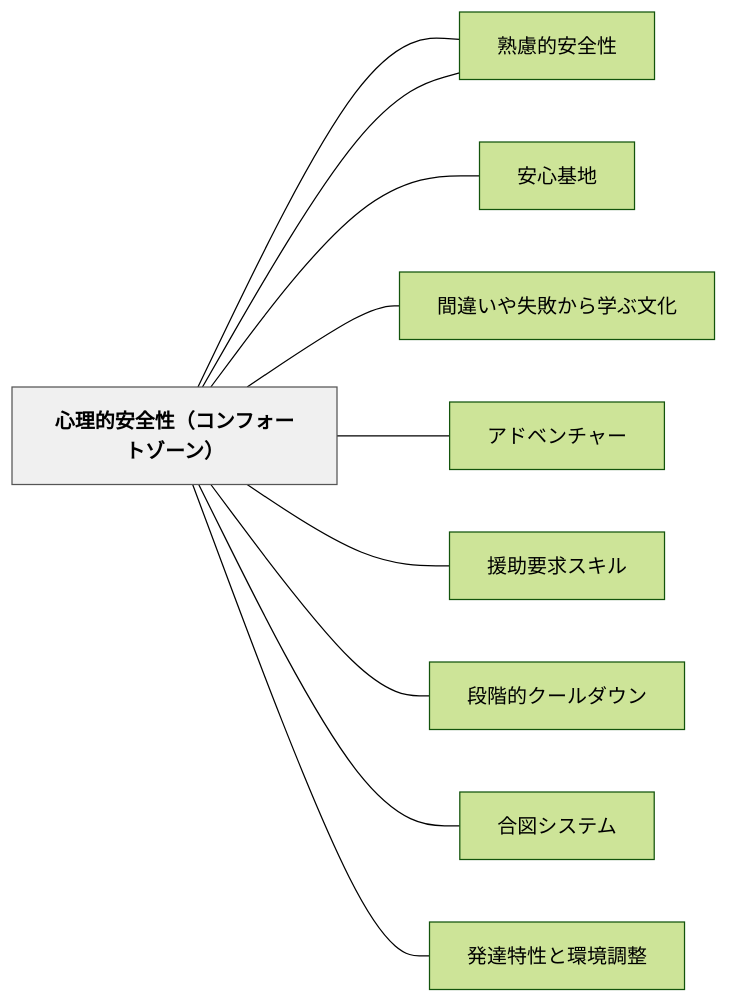
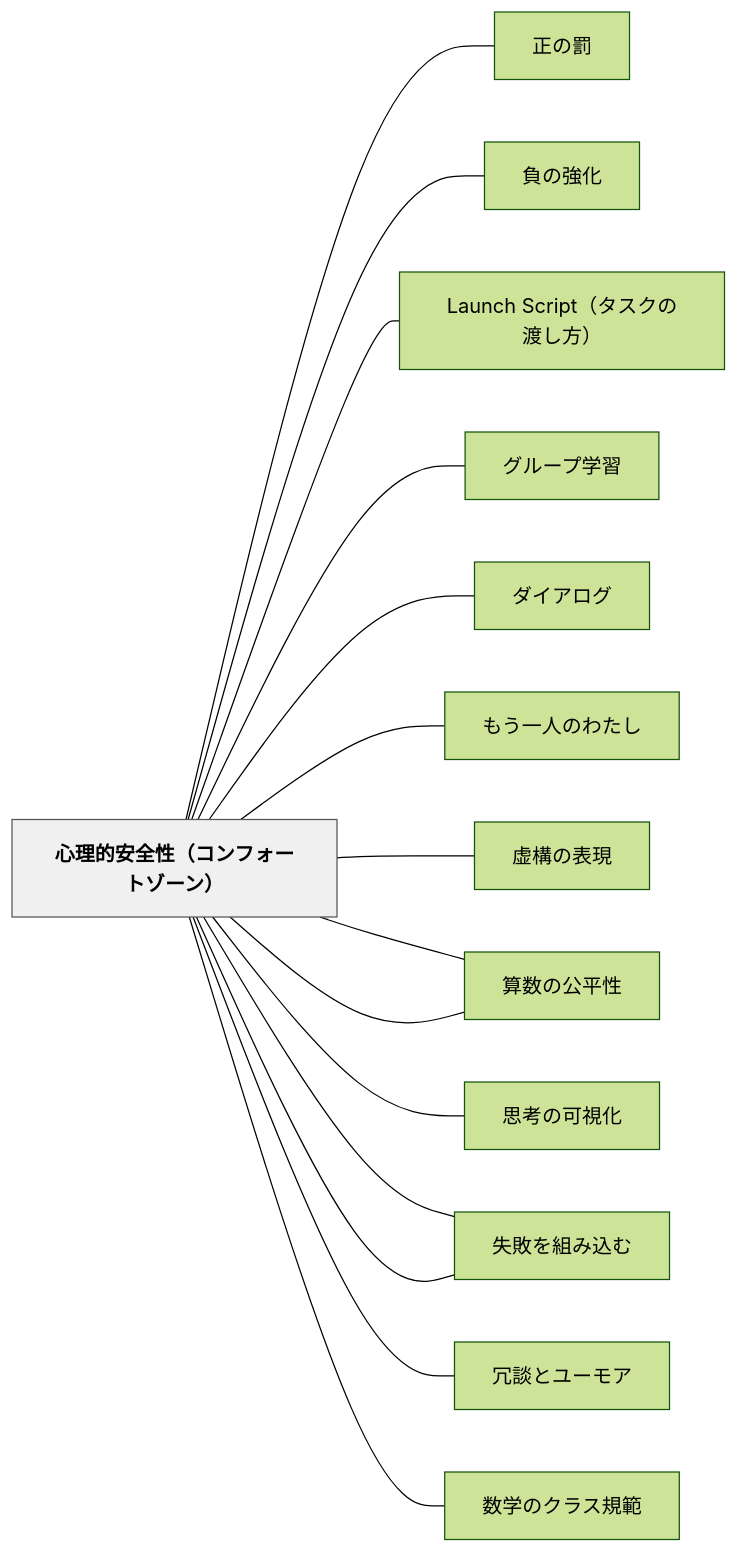
One commit to unknownthings-ed-patterns/unknownthings-ed-patterns changed the diagram in content/パタン/心理的安全性（コンフォートゾーン）.md. Above: the diagram before and after it, drawn with Mermaid (forest theme). The commit also changed other lines of this file and 473 other files, not shown here.

````diff
--- a/content/パタン/心理的安全性（コンフォートゾーン）.md
+++ b/content/パタン/心理的安全性（コンフォートゾーン）.md
@@ -58,26 +58,36 @@
 ```mermaid
 flowchart LR
     ne5bf83e79086["心理的安全性（コンフォートゾーン）"]
-    ne7869fe685ae["熟慮的動機付け"]
-    ne5ae89e5bf83["安心基地"]
-    ne99693e98195["間違いや失敗から学ぶ文化"]
-    ne382a2e38389["アドベンチャー"]
-    ne68fb4e58aa9["援助要求スキル"]
-    ne6aeb5e99a8e["段階的クールダウン"]
-    ne59088e59bb3["合図システム"]
-    ne799bae98194["発達特性と環境調整"]
-    ne7869fe685ae["熟慮的安全性"]
+    ne6ada3e381ae["正の罰"]
+    ne8b2a0e381ae["負の強化"]
+    n4c61756e6368["Launch Script（タスクの渡し方）"]
+    ne382b0e383ab["グループ学習"]
+    ne38380e382a4["ダイアログ"]
+    ne38282e38186["もう一人のわたし"]
+    ne8999ae6a78b["虚構の表現"]
+    ne7ae97e695b0["算数シンキング・タスク"]
+    ne7ae97e695b0["算数の公平性"]
+    ne6809de88083["思考の可視化"]
+    ne5a4b1e69597["失敗"]
+    ne5a4b1e69597["失敗を組み込む"]
+    ne58697e8ab87["冗談とユーモア"]
+    ne695b0e5ada6["数学のクラス規範"]
 
-    ne5bf83e79086 --- ne7869fe685ae
-    ne5bf83e79086 --- ne5ae89e5bf83
-    ne5bf83e79086 --- ne99693e98195
-    ne5bf83e79086 --- ne382a2e38389
-    ne5bf83e79086 --- ne68fb4e58aa9
-    ne5bf83e79086 --- ne6aeb5e99a8e
-    ne5bf83e79086 --- ne59088e59bb3
-    ne5bf83e79086 --- ne799bae98194
-    ne5bf83e79086 --- ne7869fe685ae
+    ne5bf83e79086 --- ne6ada3e381ae
+    ne5bf83e79086 --- ne8b2a0e381ae
+    ne5bf83e79086 --- n4c61756e6368
+    ne5bf83e79086 --- ne382b0e383ab
+    ne5bf83e79086 --- ne38380e382a4
+    ne5bf83e79086 --- ne38282e38186
+    ne5bf83e79086 --- ne8999ae6a78b
+    ne5bf83e79086 --- ne7ae97e695b0
+    ne5bf83e79086 --- ne7ae97e695b0
+    ne5bf83e79086 --- ne6809de88083
+    ne5bf83e79086 --- ne5a4b1e69597
+    ne5bf83e79086 --- ne5a4b1e69597
+    ne5bf83e79086 --- ne58697e8ab87
+    ne5bf83e79086 --- ne695b0e5ada6
 
     classDef hub fill:#f0f0f0,stroke:#555,color:#000,font-weight:bold
     class ne5bf83e79086 hub
 ```
````
